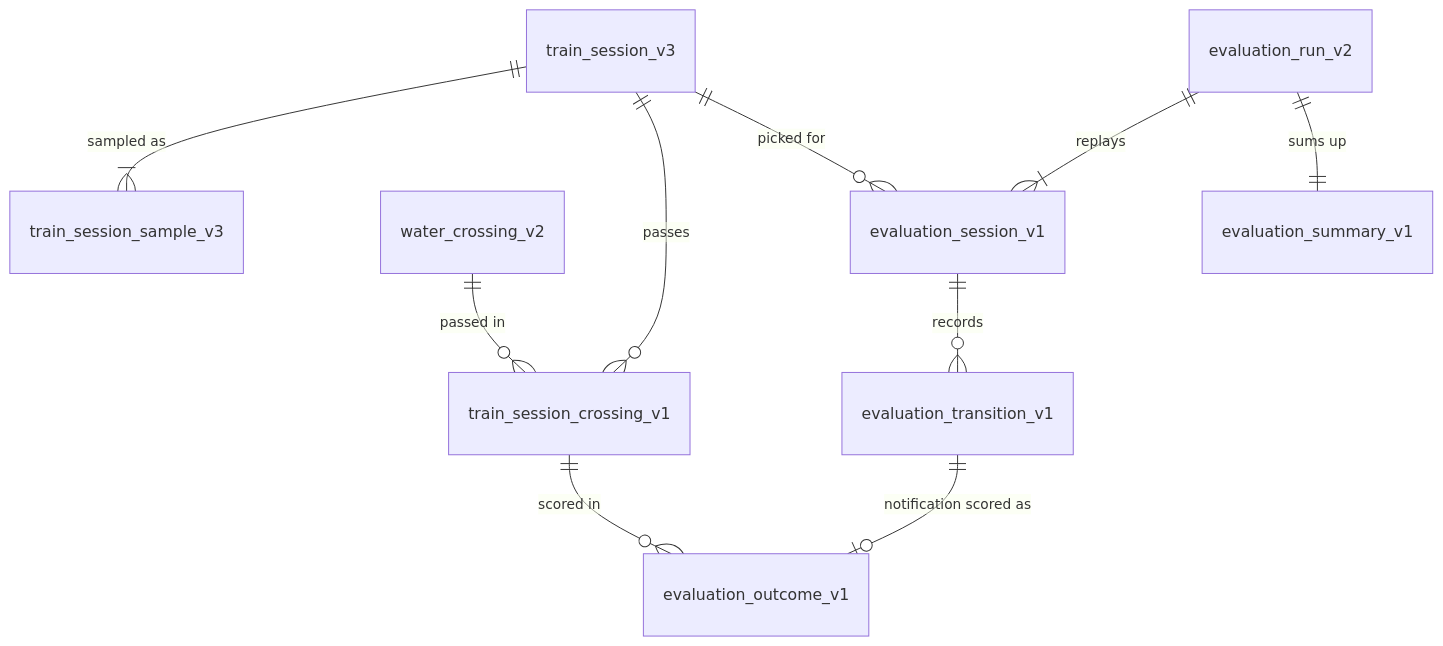
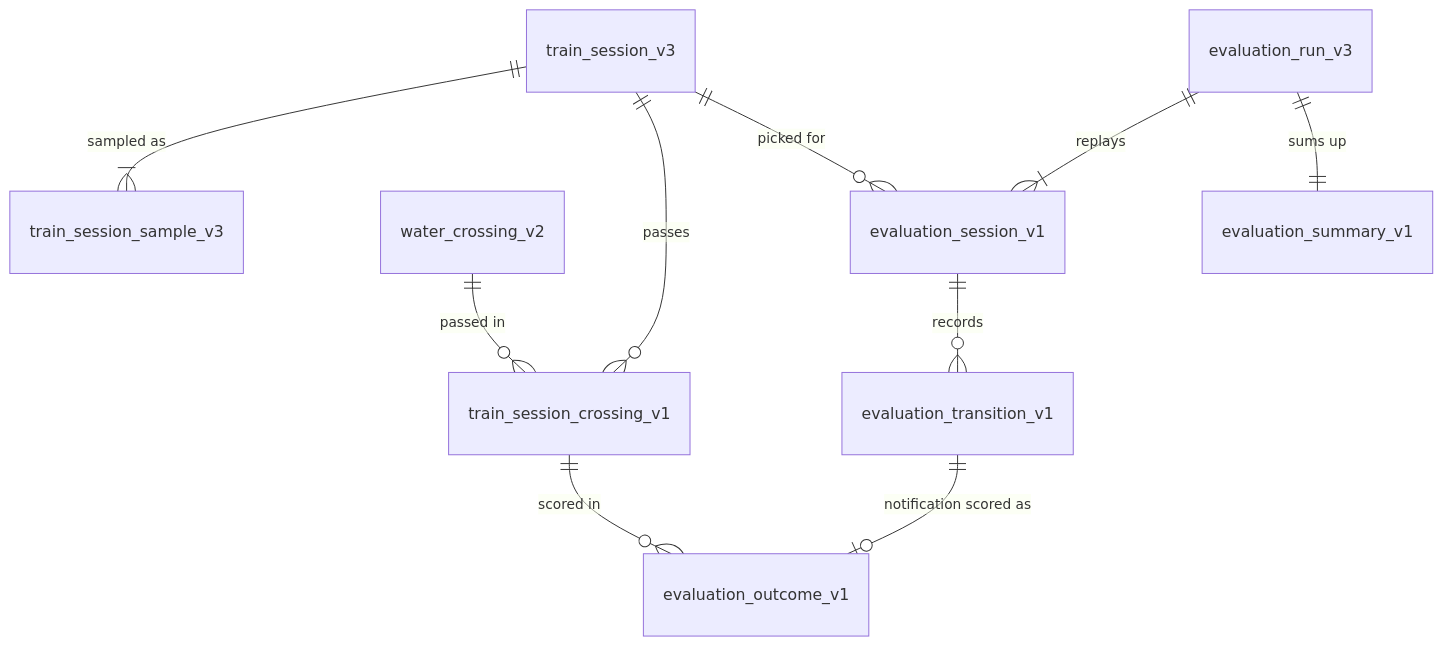
One commit to mikemoraned/geo changed the diagram in apps/lookout/docs/current-slice.md. Above: the diagram before and after it, drawn with Mermaid. The commit also changed other lines of this file and 33 other files, not shown here.

Commit message:
replace the run row's predictor columns with a map in evaluation_run_v3, which each predictor parses into its own typed settings, and migrate every v2 run into it under its id with a one-off binary

````diff
--- a/apps/lookout/docs/current-slice.md
+++ b/apps/lookout/docs/current-slice.md
@@ -127,12 +127,12 @@
 ```mermaid
 erDiagram
     train_session_v3 ||--|{ train_session_sample_v3 : "sampled as"
     train_session_v3 ||--o{ train_session_crossing_v1 : "passes"
     water_crossing_v2 ||--o{ train_session_crossing_v1 : "passed in"
-    evaluation_run_v2 ||--|{ evaluation_session_v1 : "replays"
+    evaluation_run_v3 ||--|{ evaluation_session_v1 : "replays"
     train_session_v3 ||--o{ evaluation_session_v1 : "picked for"
     evaluation_session_v1 ||--o{ evaluation_transition_v1 : "records"
     evaluation_transition_v1 ||--o| evaluation_outcome_v1 : "notification scored as"
     train_session_crossing_v1 ||--o{ evaluation_outcome_v1 : "scored in"
-    evaluation_run_v2 ||--|| evaluation_summary_v1 : "sums up"
+    evaluation_run_v3 ||--|| evaluation_summary_v1 : "sums up"
 ```
````
